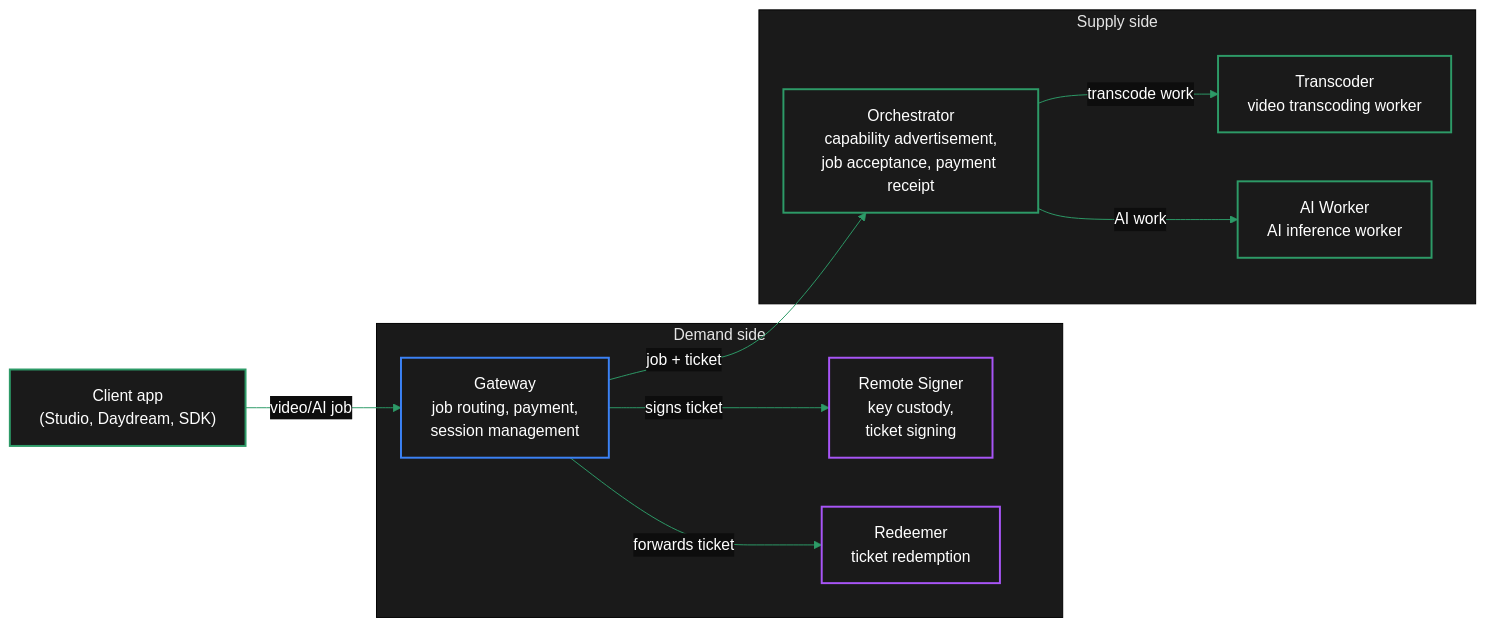
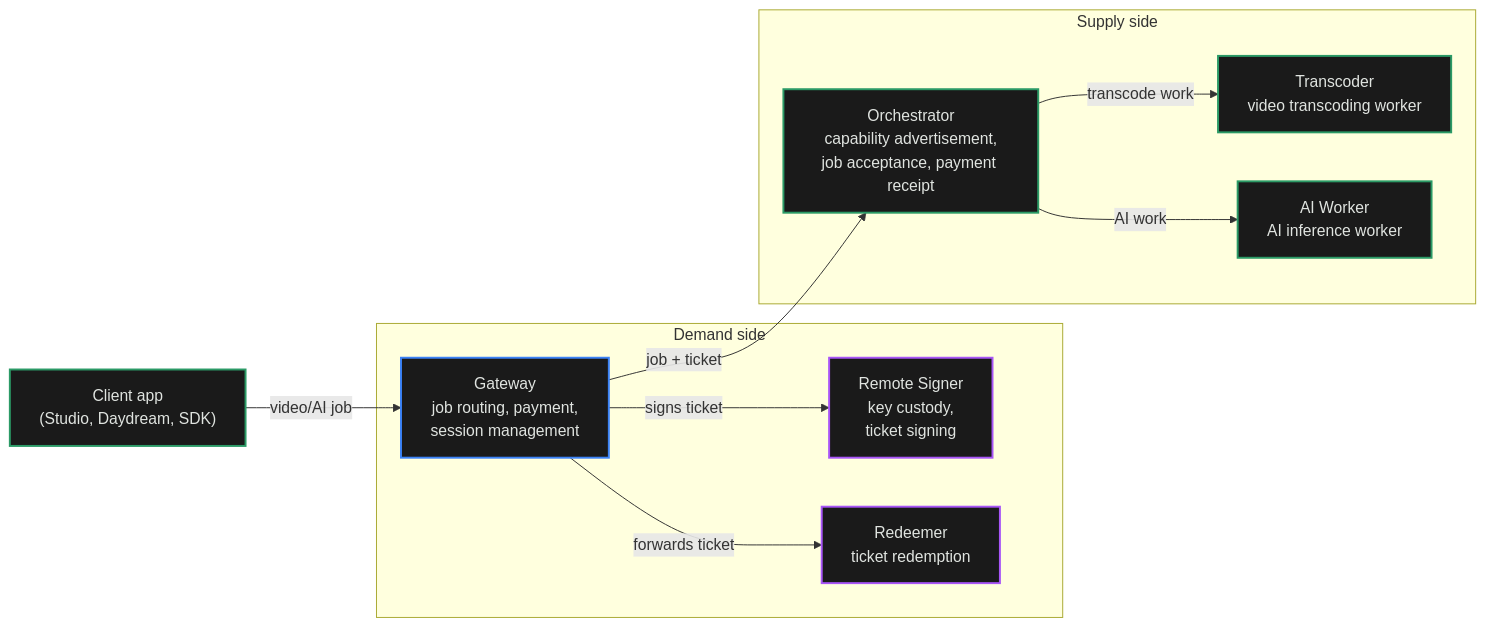
The third of 7 diagrams in v2/about/concepts/livepeer-stack.mdx (livepeer/docs), drawn with Mermaid before and after one commit. The commit also changed other lines of this file and 73 other files, not shown here.

````diff
--- a/v2/about/concepts/livepeer-stack.mdx
+++ b/v2/about/concepts/livepeer-stack.mdx
@@ -224,29 +228,29 @@
 ```mermaid
-%%{init: {'theme': 'base', 'themeVariables': { 'primaryColor': '#1a1a1a', 'primaryTextColor': '#fff', 'primaryBorderColor': '#2d9a67', 'lineColor': '#2d9a67', 'secondaryColor': '#0d0d0d', 'tertiaryColor': '#1a1a1a', 'background': '#0d0d0d', 'fontFamily': 'system-ui' }}}%%
+%%{init: {'theme': 'base', 'themeVariables': { 'primaryColor': '#1a1a1a', 'primaryTextColor': '#E0E4E0', 'primaryBorderColor': '#2b9a66', 'lineColor': '#2b9a66', 'secondaryColor': '#0d0d0d', 'tertiaryColor': '#1a1a1a', 'background': '#0d0d0d', 'fontFamily': "Inter, 'Inter Fallback', -apple-system, system-ui" }}}%%
 flowchart LR
-    classDef default fill:#1a1a1a,color:#fff,stroke:#2d9a67,stroke-width:2px
-    classDef gw fill:#1a1a1a,color:#fff,stroke:#3b82f6,stroke-width:2px
-    classDef orch fill:#1a1a1a,color:#fff,stroke:#2d9a67,stroke-width:2px
-    classDef aux fill:#1a1a1a,color:#fff,stroke:#a855f7,stroke-width:2px
+    classDef default fill:#1a1a1a,color:#E0E4E0,stroke:#2b9a66,stroke-width:2px
+    classDef gw fill:#1a1a1a,color:#E0E4E0,stroke:#3b82f6,stroke-width:2px
+    classDef orch fill:#1a1a1a,color:#E0E4E0,stroke:#2b9a66,stroke-width:2px
+    classDef aux fill:#1a1a1a,color:#E0E4E0,stroke:#a855f7,stroke-width:2px
 
     Client["Client app<br/>(Studio, Daydream, SDK)"]:::default
 
     subgraph DemandSide["Demand side"]
         Gateway["Gateway<br/>job routing, payment,<br/>session management"]:::gw
         RemoteSigner["Remote Signer<br/>key custody,<br/>ticket signing"]:::aux
         Redeemer["Redeemer<br/>ticket redemption"]:::aux
     end
 
     subgraph SupplySide["Supply side"]
         Orchestrator["Orchestrator<br/>capability advertisement,<br/>job acceptance, payment receipt"]:::orch
         Transcoder["Transcoder<br/>video transcoding worker"]:::orch
         AIWorker["AI Worker<br/>AI inference worker"]:::orch
     end
 
     Client -->|"video/AI job"| Gateway
     Gateway -->|"signs ticket"| RemoteSigner
     Gateway -->|"forwards ticket"| Redeemer
     Gateway -->|"job + ticket"| Orchestrator
     Orchestrator -->|"transcode work"| Transcoder
     Orchestrator -->|"AI work"| AIWorker
 ```
````
